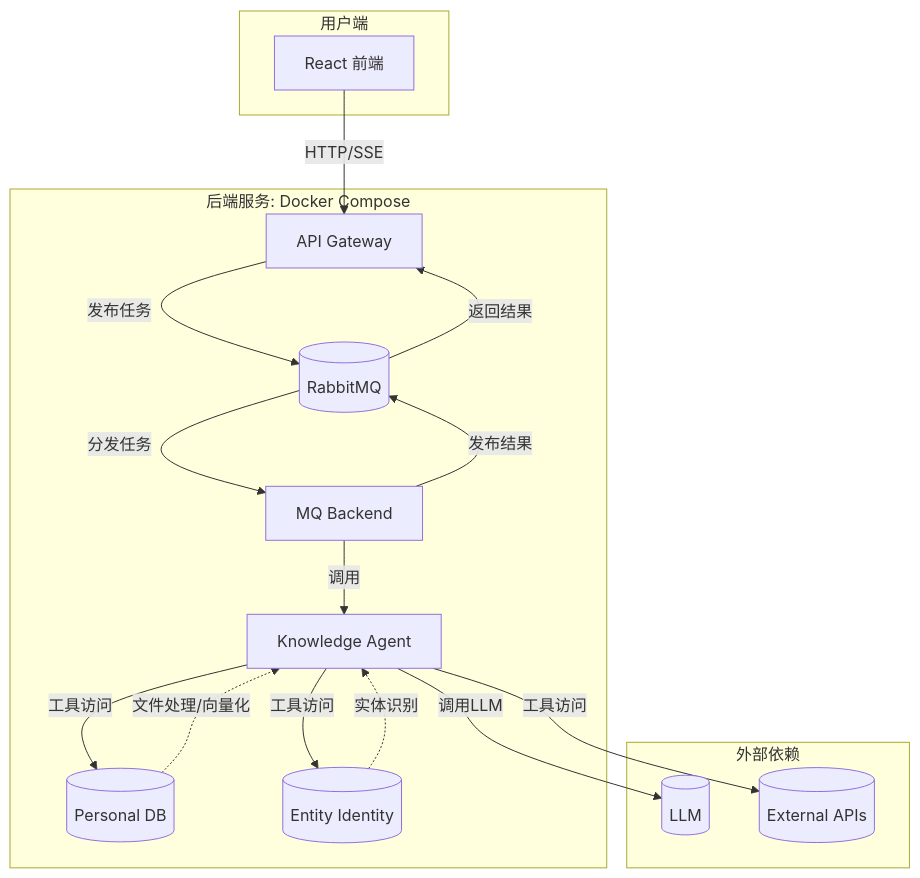
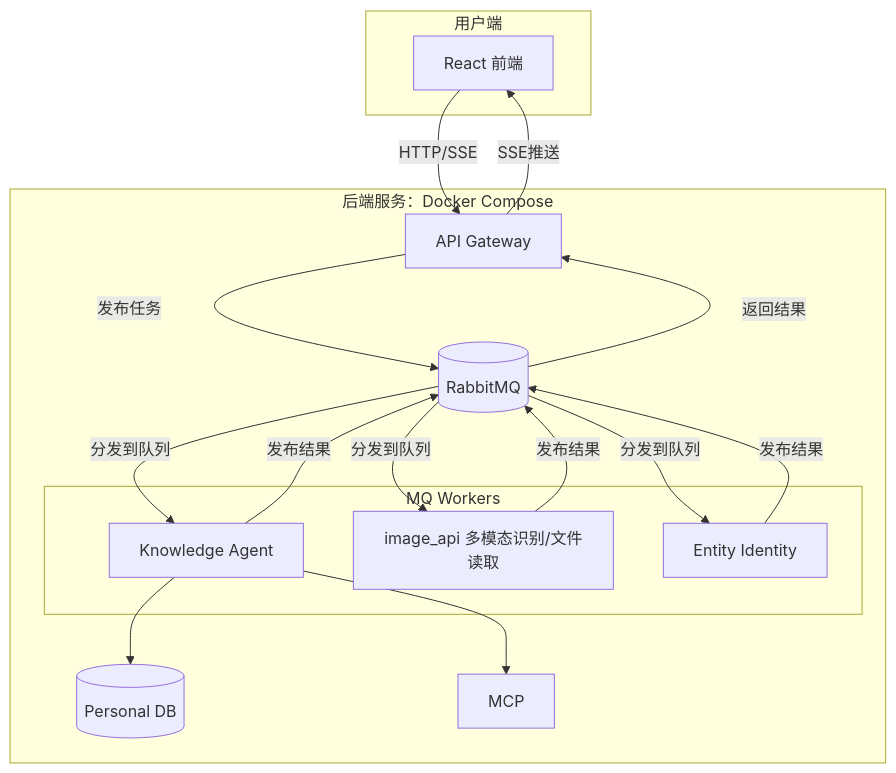
The diagram in README.md (johnson7788/LangGraphA2A), drawn with Mermaid before and after one commit. The commit also changed 1 other file, not shown here.

Commit message:
2025-08-20_13:09

````diff
--- a/README.md
+++ b/README.md
@@ -28,40 +28,44 @@
 ```mermaid
 graph TD
+    %% ===== 分区 =====
     subgraph 用户端
         A[React 前端]
     end
 
-    subgraph "后端服务: Docker Compose"
+    subgraph "后端服务：Docker Compose"
         B[API Gateway]
         C[(RabbitMQ)]
-        D[MQ Backend]
-        E[Knowledge Agent]
+        subgraph "MQ Workers"
+            D1[Knowledge Agent]
+            D2[image_api 多模态识别/文件读取]
+            D3[Entity Identity]
+            
+        end
         F[(Personal DB)]
-        G[(Entity Identity)]
+        H[MCP]
     end
     
-    subgraph "外部依赖"
-        H[(LLM)]
-        I[(External APIs)]
-    end
 
-    %% 用户交互
+    %% ===== 用户交互 =====
     A -- HTTP/SSE --> B
 
-    %% 消息流转
+    %% ===== 任务发布与分发 =====
     B -- 发布任务 --> C
-    C -- 分发任务 --> D
-    D -- 调用 --> E
-    E -- 调用LLM --> H
-    E -- 工具访问 --> F
-    E -- 工具访问 --> G
-    E -- 工具访问 --> I
+    C -- 分发到队列 --> D1
+    C -- 分发到队列 --> D2
+    C -- 分发到队列 --> D3
 
-    %% 结果返回
-    D -- 发布结果 --> C
+    %% ===== Workers 能力调用 =====
+
+
+    D1 --> F
+    D1 --> H
+
+
+    %% ===== 结果回传 =====
+    D1 -- 发布结果 --> C
+    D2 -- 发布结果 --> C
+    D3 -- 发布结果 --> C
     C -- 返回结果 --> B
-
-    %% 数据流说明
-    F -. 文件处理/向量化 .-> E
-    G -. 实体识别 .-> E
+    B -- SSE推送 --> A
 ```
````
